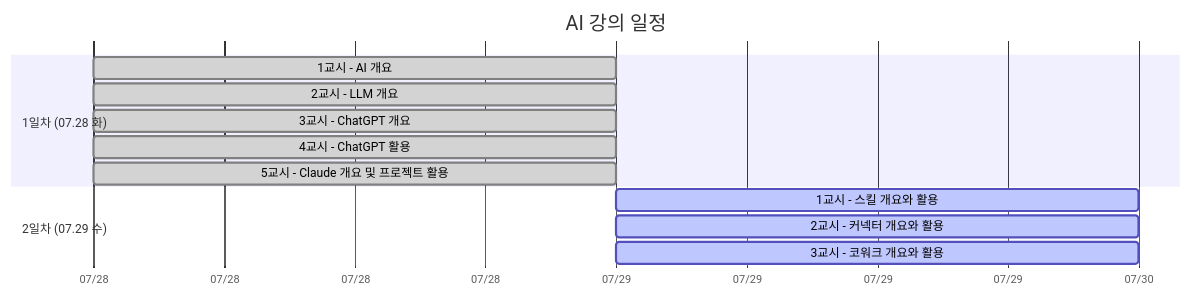
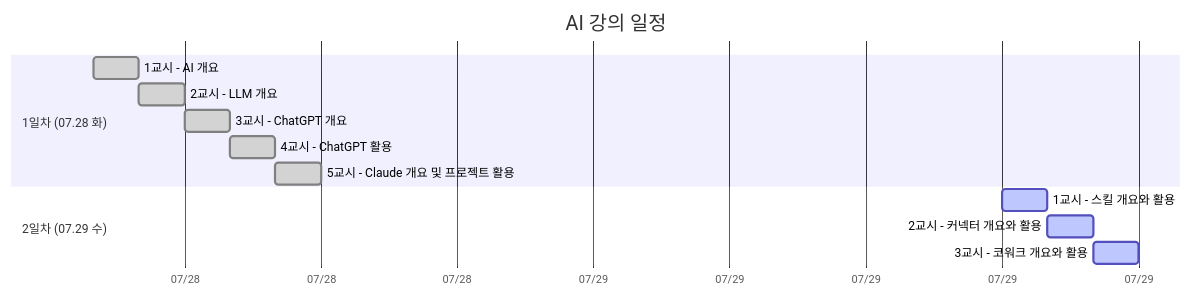
The first of 9 diagrams in README.md (soobook/2026-LLM), drawn with Mermaid before and after one commit.

````diff
--- a/README.md
+++ b/README.md
@@ -15,19 +15,20 @@
 ```mermaid
 gantt
     title AI 강의 일정
-    dateFormat YYYY-MM-DD
+    dateFormat YYYY-MM-DD-HH
     axisFormat %m/%d
-    tickInterval 1day 
+    tickInterval 12hour 
+    excludes weekends
 
     section 1일차 (07.28 화)
-    1교시 - AI 개요                      :done, a1, 2026-07-28, 1d
-    2교시 - LLM 개요                     :done, a2, 2026-07-28, 1d
-    3교시 - ChatGPT 개요                 :done, a3, 2026-07-28, 1d
-    4교시 - ChatGPT 활용                 :done, a4, 2026-07-28, 1d
-    5교시 - Claude 개요 및 프로젝트 활용 :done, a5, 2026-07-28, 1d
+    1교시 - AI 개요                      :done, a1, 2026-07-28-13, 1h
+    2교시 - LLM 개요                     :done, a2, after a1, 1h
+    3교시 - ChatGPT 개요                 :done, a3, after a2, 1h
+    4교시 - ChatGPT 활용                 :done, a4, after a3, 1h
+    5교시 - Claude 개요 및 프로젝트 활용 :done, a5, after a4, 1h
 
     section 2일차 (07.29 수)
-    1교시 - 스킬 개요와 활용             :active, b1, 2026-07-29, 1d
-    2교시 - 커넥터 개요와 활용           :active, b2, 2026-07-29, 1d
-    3교시 - 코워크 개요와 활용           :active, b3, 2026-07-29, 1d
+    1교시 - 스킬 개요와 활용             :active, b1, 2026-07-29-09, 1h
+    2교시 - 커넥터 개요와 활용           :active, b2, after b1, 1h
+    3교시 - 코워크 개요와 활용           :active, b3, after b2, 1h
 ```
````
